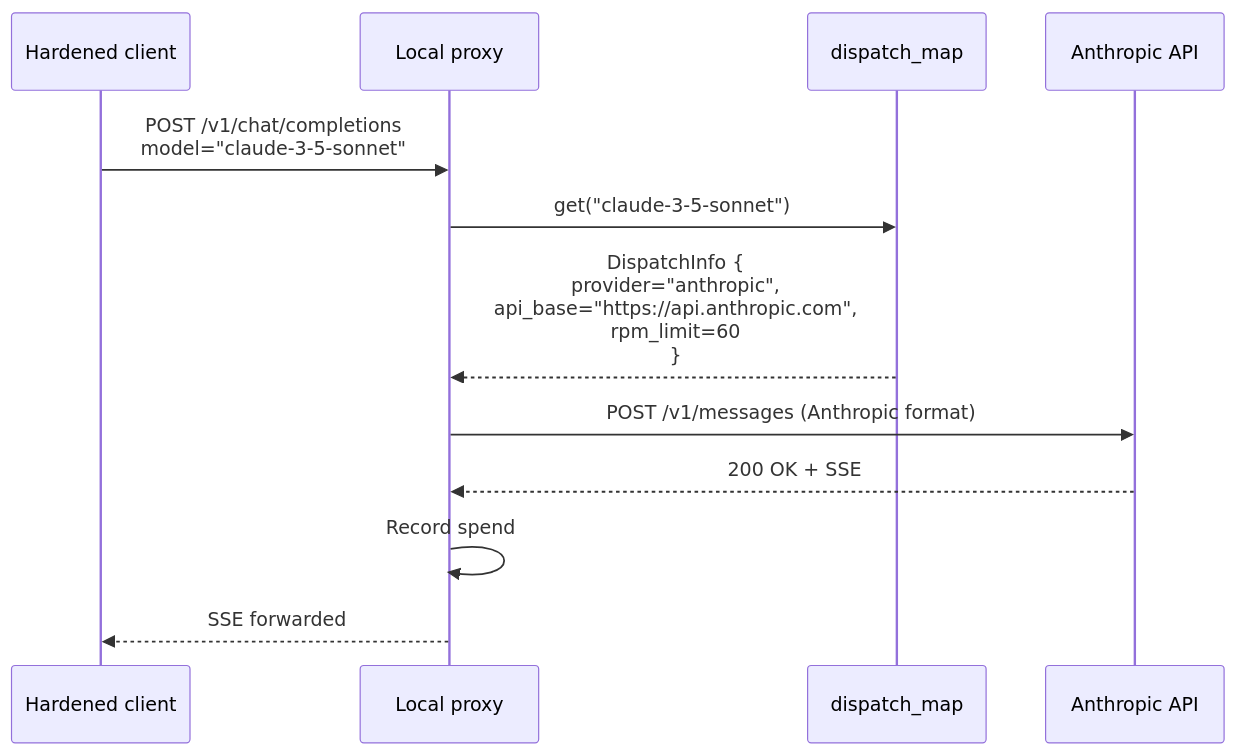
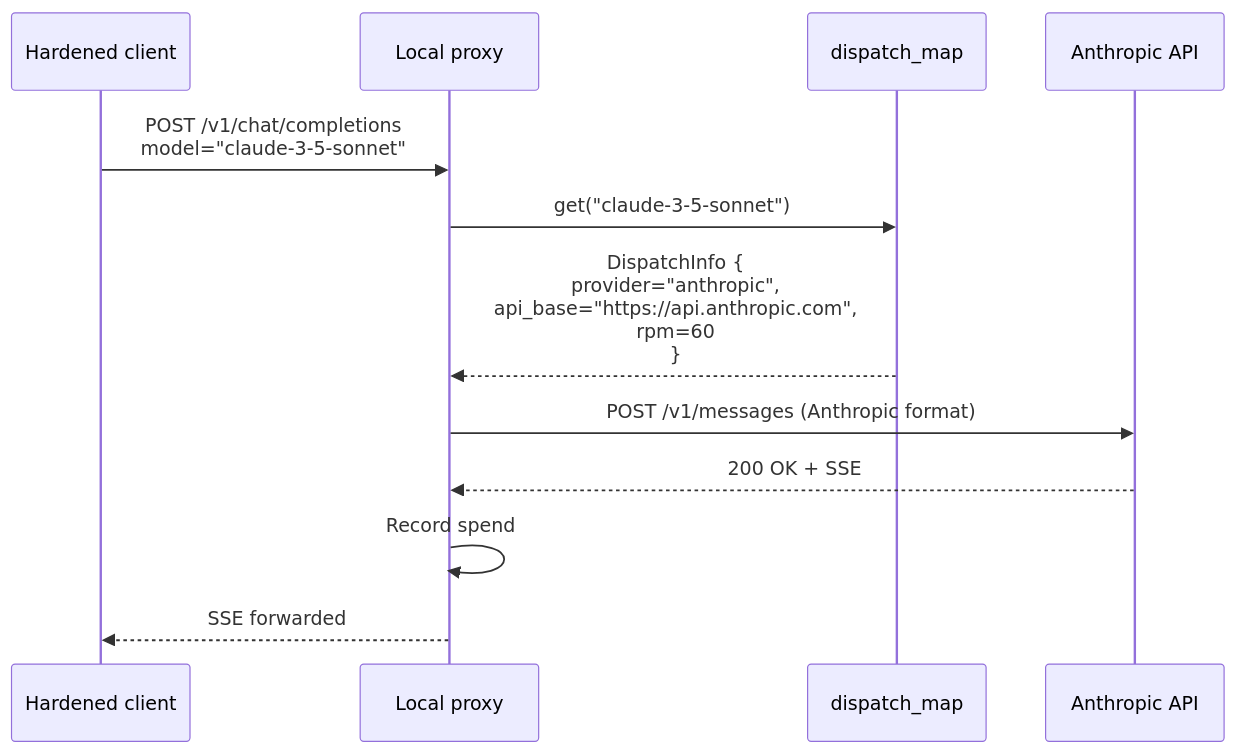
Before and after one commit to CipherOcto/cipherocto: the second of 14 diagrams in docs/architecture/end-to-end-scenarios.md, drawn with Mermaid. The commit also changed other lines of this file, not shown here.

````diff
--- a/docs/architecture/end-to-end-scenarios.md
+++ b/docs/architecture/end-to-end-scenarios.md
@@ -105,15 +118,15 @@
 ```mermaid
 sequenceDiagram
     participant C as Hardened client
     participant P as Local proxy
     participant D as dispatch_map
     participant ANT as Anthropic API
 
     C->>P: POST /v1/chat/completions<br/>model="claude-3-5-sonnet"
     P->>D: get("claude-3-5-sonnet")
-    D-->>P: DispatchInfo {<br/>  provider="anthropic",<br/>  api_base="https://api.anthropic.com",<br/>  rpm_limit=60<br/>}
+    D-->>P: DispatchInfo {<br/>  provider="anthropic",<br/>  api_base="https://api.anthropic.com",<br/>  rpm=60<br/>}
     P->>ANT: POST /v1/messages (Anthropic format)
     ANT-->>P: 200 OK + SSE
     P->>P: Record spend
     P-->>C: SSE forwarded
 ```
````
